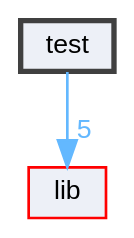
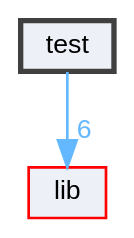
Before and after one commit to helcsnewsxd/gsc-interpreter: the diagram in dir_13e138d54eb8818da29c3992edef070a_dep.dot, drawn with Graphviz. The commit also changed 117 other files, not shown here.

```diff
--- a/dir_13e138d54eb8818da29c3992edef070a_dep.dot
+++ b/dir_13e138d54eb8818da29c3992edef070a_dep.dot
@@ -1,11 +1,11 @@
 digraph "test"
 {
  // LATEX_PDF_SIZE
   bgcolor="transparent";
   edge [fontname=Helvetica,fontsize=10,labelfontname=Helvetica,labelfontsize=10];
   node [fontname=Helvetica,fontsize=10,shape=box,height=0.2,width=0.4];
   compound=true
   dir_13e138d54eb8818da29c3992edef070a [label="test", fillcolor="#edf0f7", color="grey25", style="filled,bold", URL="dir_13e138d54eb8818da29c3992edef070a.html",tooltip=""];
   dir_97aefd0d527b934f1d99a682da8fe6a9 [label="lib", fillcolor="#edf0f7", color="red", style="filled", URL="dir_97aefd0d527b934f1d99a682da8fe6a9.html",tooltip=""];
-  dir_13e138d54eb8818da29c3992edef070a->dir_97aefd0d527b934f1d99a682da8fe6a9 [headlabel="5", labeldistance=1.5 headhref="dir_000004_000002.html" href="dir_000004_000002.html" color="steelblue1" fontcolor="steelblue1"];
+  dir_13e138d54eb8818da29c3992edef070a->dir_97aefd0d527b934f1d99a682da8fe6a9 [headlabel="6", labeldistance=1.5 headhref="dir_000005_000003.html" href="dir_000005_000003.html" color="steelblue1" fontcolor="steelblue1"];
 }
```
